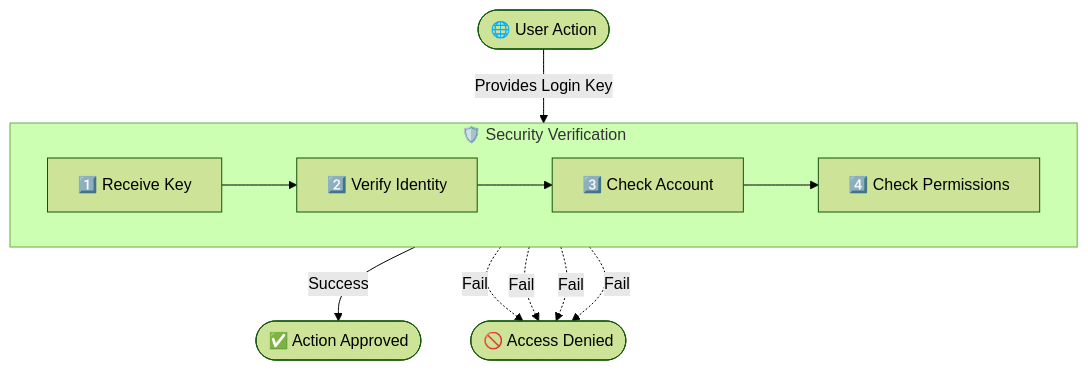
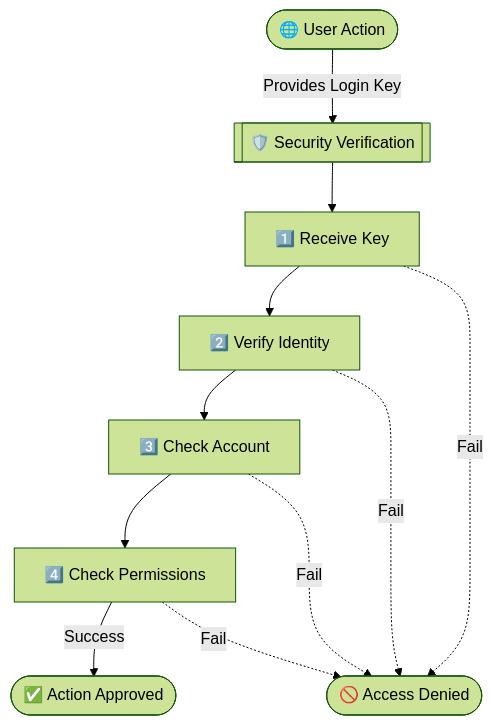
Before and after one commit to Himanshu-Singh11/Feedback-Collector: the second of 2 diagrams in README.md, drawn with Mermaid (forest theme).

Commit message:
docs: Change Security diagram to a strict vertical flow to guarantee perfect centering

````diff
--- a/README.md
+++ b/README.md
@@ -107,25 +107,25 @@
 ```mermaid
 flowchart TD
     Request(["🌐 User Action"])
     
-    subgraph Middleware ["🛡️ Security Verification"]
-        direction LR
-        T["1️⃣ Receive Key"]
-        V["2️⃣ Verify Identity"]
-        U["3️⃣ Check Account"]
-        R["4️⃣ Check Permissions"]
-        
-        T --> V --> U --> R
-    end
+    Security[["🛡️ Security Verification"]]
+    
+    T["1️⃣ Receive Key"]
+    V["2️⃣ Verify Identity"]
+    U["3️⃣ Check Account"]
+    R["4️⃣ Check Permissions"]
     
     Block(["🚫 Access Denied"])
     Allow(["✅ Action Approved"])
 
-    Request -- "Provides Login Key" --> Middleware
+    Request -- "Provides Login Key" --> Security
+    Security --> T
+    T --> V --> U --> R
+    
     R -- "Success" --> Allow
     
     T -. "Fail" .-> Block
     V -. "Fail" .-> Block
     U -. "Fail" .-> Block
     R -. "Fail" .-> Block
 ```
````
